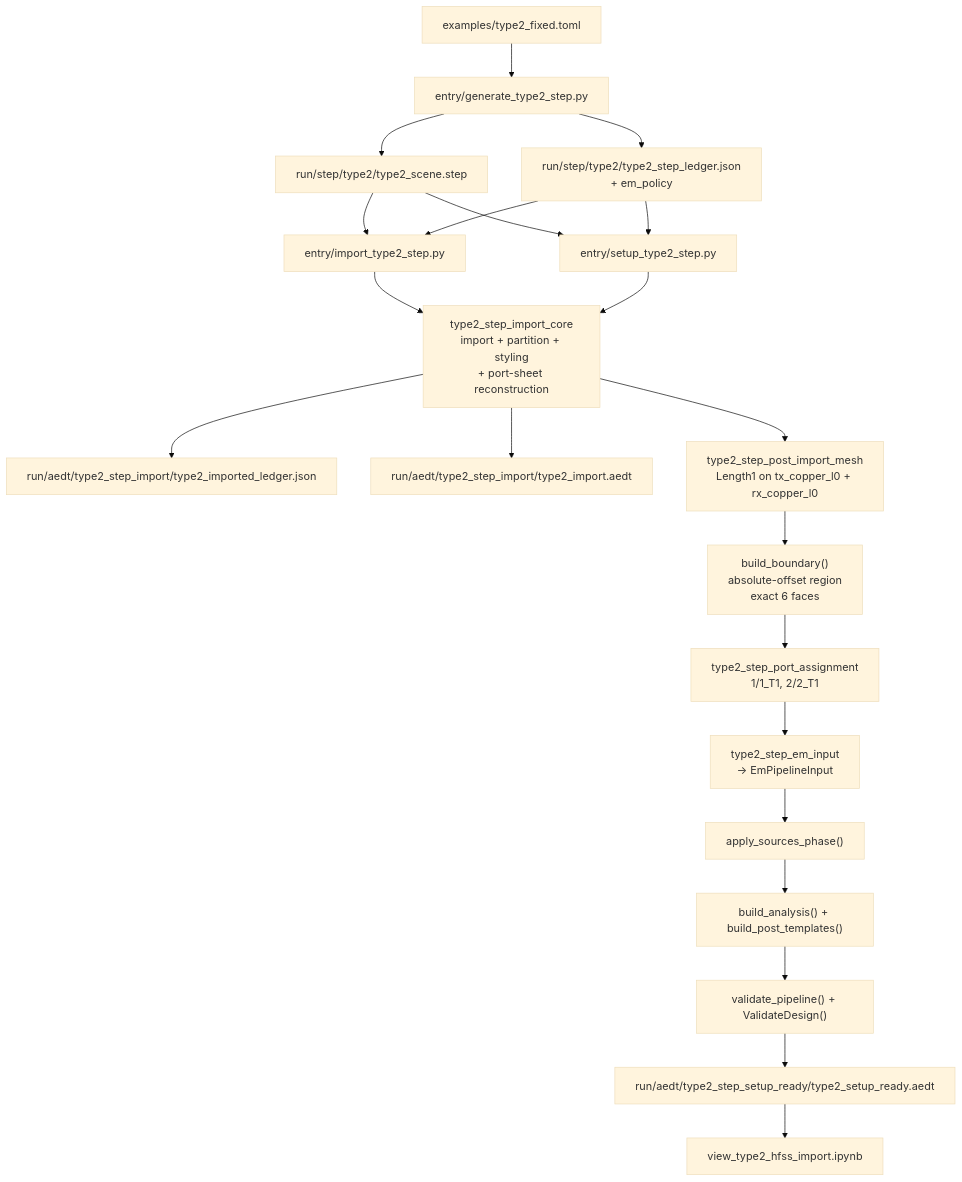
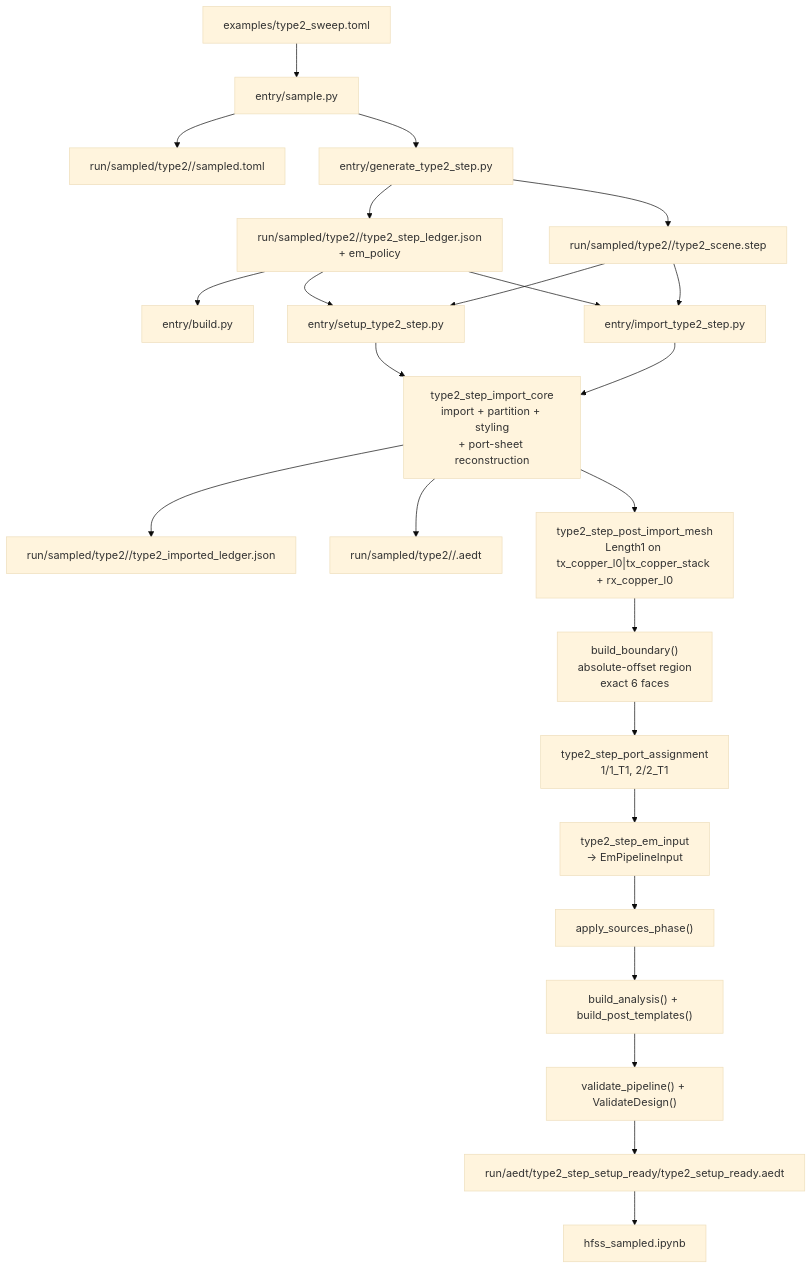
One commit to Glaysia/peetsfea changed the diagram in sdd/diagrams/type2-step-to-em-validate-flow.md. Above: the diagram before and after it, drawn with Mermaid (base theme). The commit also changed other lines of this file and 102 other files, not shown here.

Commit message:
docs: refresh SDD notes and sample-build follow-ups

````diff
--- a/sdd/diagrams/type2-step-to-em-validate-flow.md
+++ b/sdd/diagrams/type2-step-to-em-validate-flow.md
@@ -13,43 +12,49 @@
 ```mermaid
 flowchart TD
-    Type2Toml["examples/type2_fixed.toml"]
+    Type2Toml["examples/type2_sweep.toml"]
+    SampleEntry["entry/sample.py"]
+    SampledToml["run/sampled/type2/<design_id>/sampled.toml"]
+    BuildEntry["entry/build.py"]
     Export["entry/generate_type2_step.py"]
-    StepScene["run/step/type2/type2_scene.step"]
-    StepLedger["run/step/type2/type2_step_ledger.json\n+ em_policy"]
+    StepScene["run/sampled/type2/<design_id>/type2_scene.step"]
+    StepLedger["run/sampled/type2/<design_id>/type2_step_ledger.json\n+ em_policy"]
     ImportEntry["entry/import_type2_step.py"]
     ImportCore["type2_step_import_core\nimport + partition + styling\n+ port-sheet reconstruction"]
-    ImportLedger["run/aedt/type2_step_import/type2_imported_ledger.json"]
-    ImportAedt["run/aedt/type2_step_import/type2_import.aedt"]
+    ImportLedger["run/sampled/type2/<design_id>/type2_imported_ledger.json"]
+    ImportAedt["run/sampled/type2/<design_id>/<design_id>.aedt"]
     SetupEntry["entry/setup_type2_step.py"]
-    Mesh["type2_step_post_import_mesh\nLength1 on tx_copper_l0 + rx_copper_l0"]
+    Mesh["type2_step_post_import_mesh\nLength1 on tx_copper_l0|tx_copper_stack + rx_copper_l0"]
     Boundary["build_boundary()\nabsolute-offset region\nexact 6 faces"]
     Ports["type2_step_port_assignment\n1/1_T1, 2/2_T1"]
     Adapter["type2_step_em_input\n-> EmPipelineInput"]
     Source["apply_sources_phase()"]
     Analysis["build_analysis() + build_post_templates()"]
     Validate["validate_pipeline() + ValidateDesign()"]
     SetupAedt["run/aedt/type2_step_setup_ready/type2_setup_ready.aedt"]
-    Notebook["view_type2_hfss_import.ipynb"]
+    Notebook["hfss_sampled.ipynb"]
 
-    Type2Toml --> Export
+    Type2Toml --> SampleEntry
+    SampleEntry --> SampledToml
+    SampleEntry --> Export
     Export --> StepScene
     Export --> StepLedger
+    StepLedger --> BuildEntry
     StepScene --> ImportEntry
     StepLedger --> ImportEntry
     ImportEntry --> ImportCore
     ImportCore --> ImportLedger
     ImportCore --> ImportAedt
 
     StepScene --> SetupEntry
     StepLedger --> SetupEntry
     SetupEntry --> ImportCore
     ImportCore --> Mesh
     Mesh --> Boundary
     Boundary --> Ports
     Ports --> Adapter
     Adapter --> Source
     Source --> Analysis
     Analysis --> Validate
     Validate --> SetupAedt
     SetupAedt --> Notebook
 ```
````
